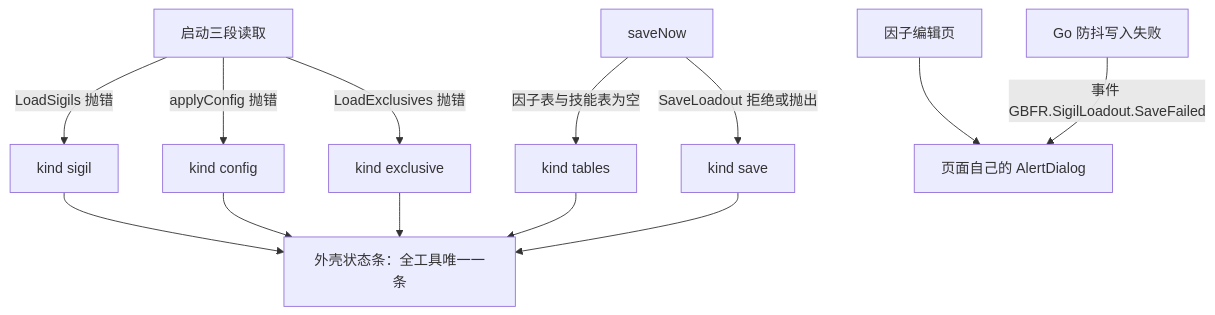
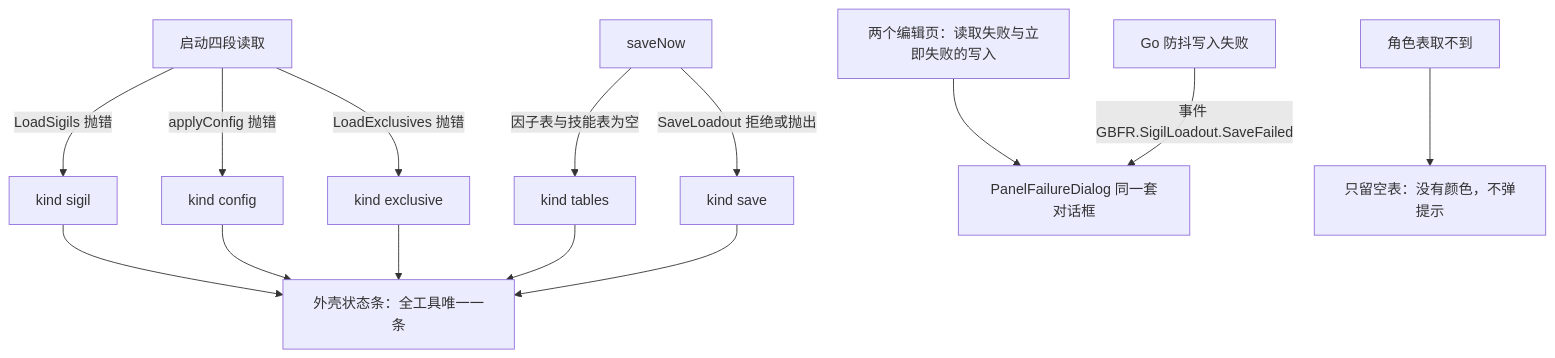
Before and after one commit to baagod/GBFR-Sigil-Loadout: the third of 9 diagrams in openwiki/architecture/visual-tool-frontend.md, drawn with Mermaid. The commit also changed other lines of this file and 52 other files, not shown here.

````diff
--- a/openwiki/architecture/visual-tool-frontend.md
+++ b/openwiki/architecture/visual-tool-frontend.md
@@ -187,15 +222,16 @@
 ```mermaid
 flowchart TD
-    Load["启动三段读取"] -->|"LoadSigils 抛错"| Sigil["kind sigil"]
+    Load["启动四段读取"] -->|"LoadSigils 抛错"| Sigil["kind sigil"]
     Load -->|"applyConfig 抛错"| Config["kind config"]
     Load -->|"LoadExclusives 抛错"| Excl["kind exclusive"]
     Save["saveNow"] -->|"因子表与技能表为空"| Tables["kind tables"]
     Save -->|"SaveLoadout 拒绝或抛出"| SaveFail["kind save"]
     Sigil --> Strip["外壳状态条：全工具唯一一条"]
     Config --> Strip
     Excl --> Strip
     Tables --> Strip
     SaveFail --> Strip
-    Editor["因子编辑页"] --> Dlg["页面自己的 AlertDialog"]
+    Editor["两个编辑页：读取失败与立即失败的写入"] --> Dlg["PanelFailureDialog 同一套对话框"]
     GoWrite["Go 防抖写入失败"] -->|"事件 GBFR.SigilLoadout.SaveFailed"| Dlg
+    Characters["角色表取不到"] --> Silent["只留空表：没有颜色，不弹提示"]
 ```
````
